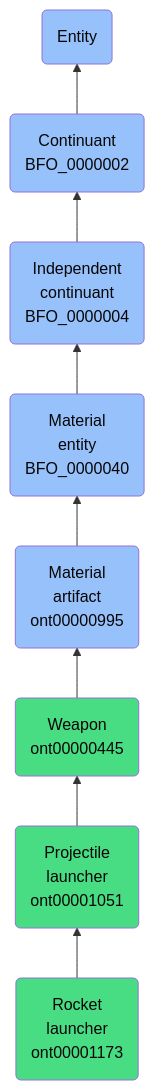
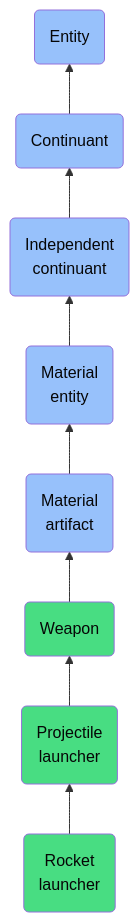
Before and after one commit to jupyter-naas/abi: the diagram in docs/ontology/reference/model/Entity/Continuant/Independent continuant/Material entity/Material artifact/Weapon/Projectile launcher/Rocket launcher/Rocket launcher.md, drawn with Mermaid. The commit also changed other lines of this file and 1430 other files, not shown here.

````diff
--- a/docs/ontology/reference/model/Entity/Continuant/Independent continuant/Material entity/Material artifact/Weapon/Projectile launcher/Rocket launcher/Rocket launcher.md
+++ b/docs/ontology/reference/model/Entity/Continuant/Independent continuant/Material entity/Material artifact/Weapon/Projectile launcher/Rocket launcher/Rocket launcher.md
@@ -24,15 +24,15 @@
 ```mermaid
 graph BT
-    ont00001173(Rocket<br>launcher<br>ont00001173):::ABI-->ont00001051
-    ont00001051(Projectile<br>launcher<br>ont00001051):::ABI-->ont00000445
-    ont00000445(Weapon<br>ont00000445):::ABI-->ont00000995
-    ont00000995(Material<br>artifact<br>ont00000995):::BFO-->BFO_0000040
-    BFO_0000040(Material<br>entity<br>BFO_0000040):::BFO-->BFO_0000004
-    BFO_0000004(Independent<br>continuant<br>BFO_0000004):::BFO-->BFO_0000002
-    BFO_0000002(Continuant<br>BFO_0000002):::BFO-->BFO_0000001
+    ont00001173(Rocket<br>launcher):::ABI-->ont00001051
+    ont00001051(Projectile<br>launcher):::ABI-->ont00000445
+    ont00000445(Weapon):::ABI-->ont00000995
+    ont00000995(Material<br>artifact):::BFO-->BFO_0000040
+    BFO_0000040(Material<br>entity):::BFO-->BFO_0000004
+    BFO_0000004(Independent<br>continuant):::BFO-->BFO_0000002
+    BFO_0000002(Continuant):::BFO-->BFO_0000001
     BFO_0000001(Entity):::BFO
     
     classDef BFO fill:#97c1fb,color:#060606
     classDef CCO fill:#e4c51e,color:#060606
     classDef ABI fill:#48DD82,color:#060606
 ```
````
